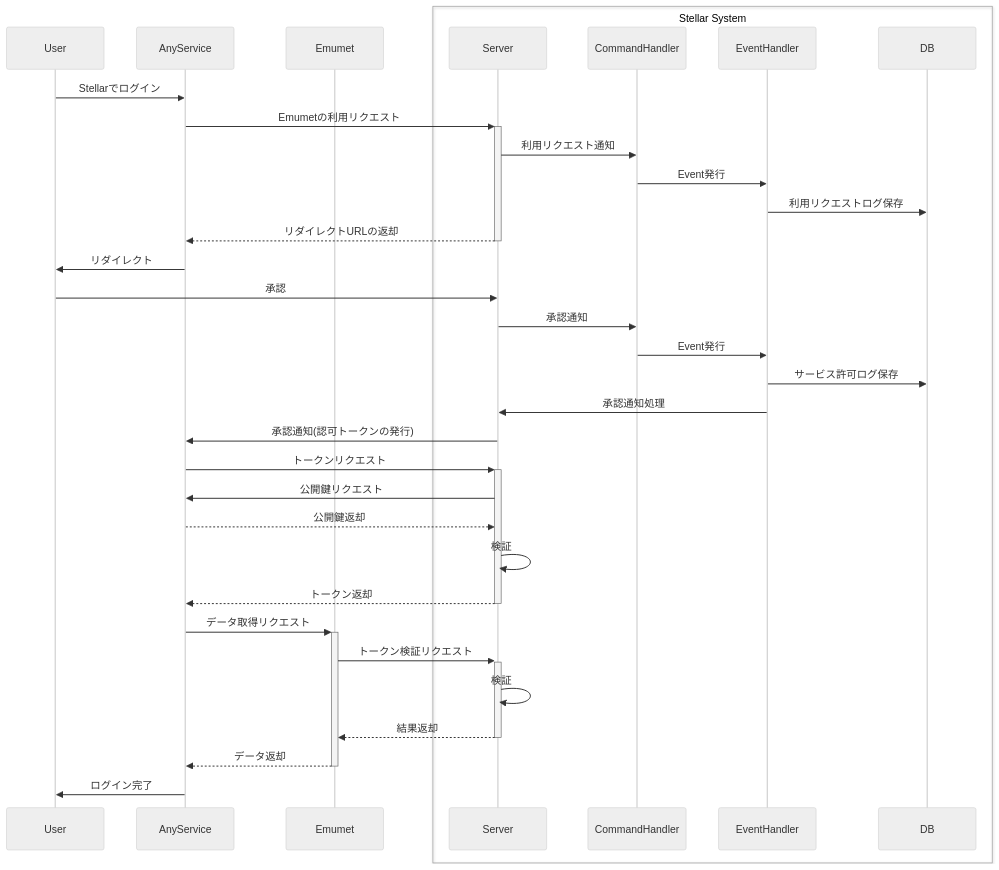
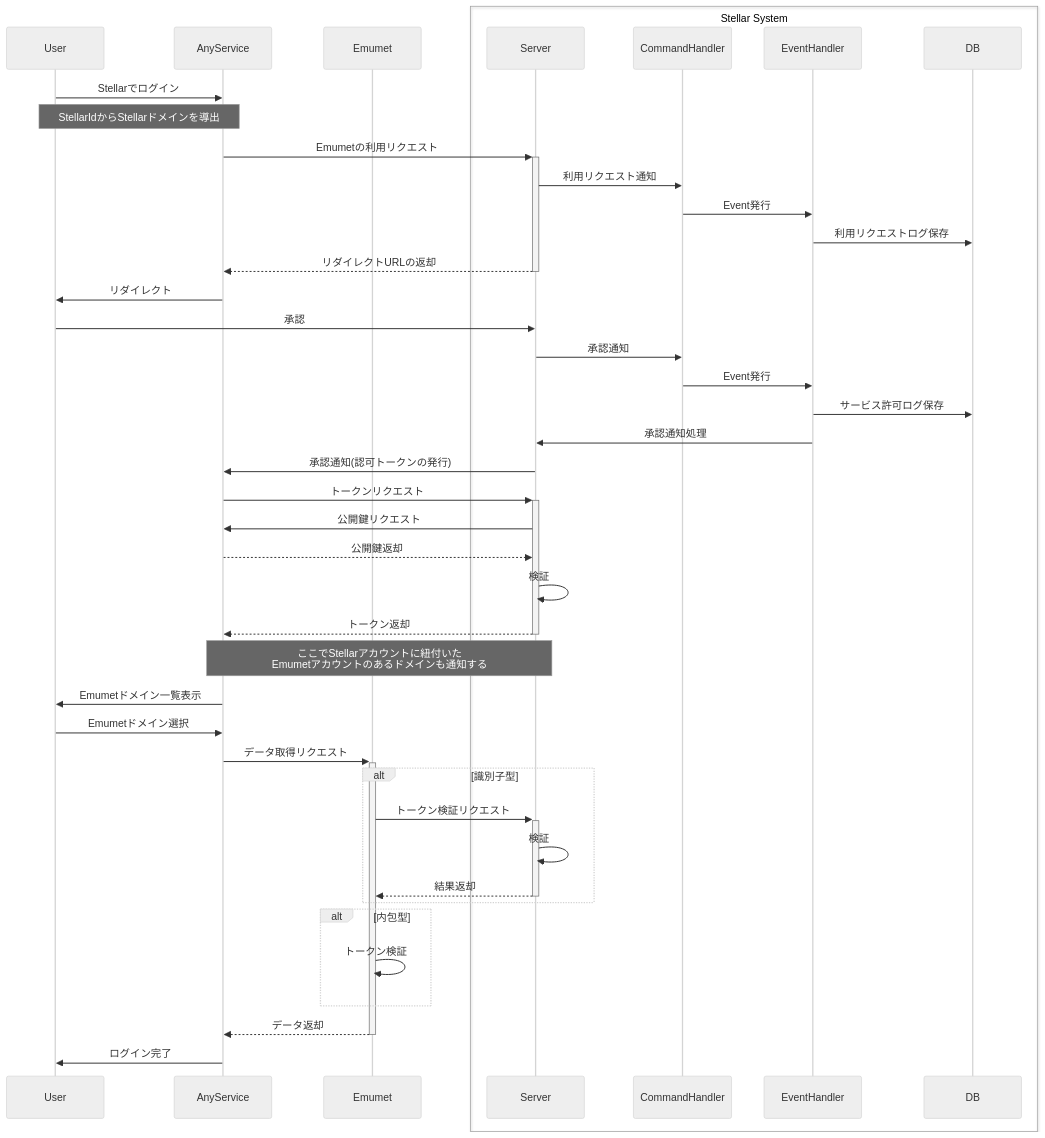
One commit to ShuttlePub/document changed the fourth of 4 diagrams in packages/document/docs/service/common-flows.md. Above: the diagram before and after it, drawn with Mermaid (neutral theme).

Commit message:
docs: Append additional contexts

````diff
--- a/packages/document/docs/service/common-flows.md
+++ b/packages/document/docs/service/common-flows.md
@@ -57,36 +57,45 @@
 ```mermaid
 sequenceDiagram
     participant U as User
     participant A as AnyService
     participant E as Emumet
     box Stellar System
         participant S as Server
         participant SC as CommandHandler
         participant SE as EventHandler
         participant SD as DB
     end
     U->>A: Stellarでログイン
+    note over U,A: StellarIdからStellarドメインを導出
     A->>+S: Emumetの利用リクエスト
         S->>SC: 利用リクエスト通知
         SC->>SE: Event発行
         SE->>SD: 利用リクエストログ保存
     S-->>-A: リダイレクトURLの返却
     A->>U: リダイレクト
     U->>S: 承認
         S->>SC: 承認通知
         SC->>SE: Event発行
         SE->>SD: サービス許可ログ保存
         SE->>S: 承認通知処理
     S->>A: 承認通知(認可トークンの発行)
     A->>+S: トークンリクエスト
         S->>A: 公開鍵リクエスト
         A-->>S: 公開鍵返却
         S->>S: 検証
     S-->>-A: トークン返却
+    note over S,A: ここでStellarアカウントに紐付いた<br/>Emumetアカウントのあるドメインも通知する
+    A->>U: Emumetドメイン一覧表示
+    U->>A: Emumetドメイン選択
     A->>+E: データ取得リクエスト
+    alt 識別子型
     E->>+S: トークン検証リクエスト
     S->>S: 検証
     S-->>-E: 結果返却
+    end
+    alt 内包型
+    E->>E: トークン検証
+    end
     E-->>-A: データ返却
     A->>U: ログイン完了
 ```
````
